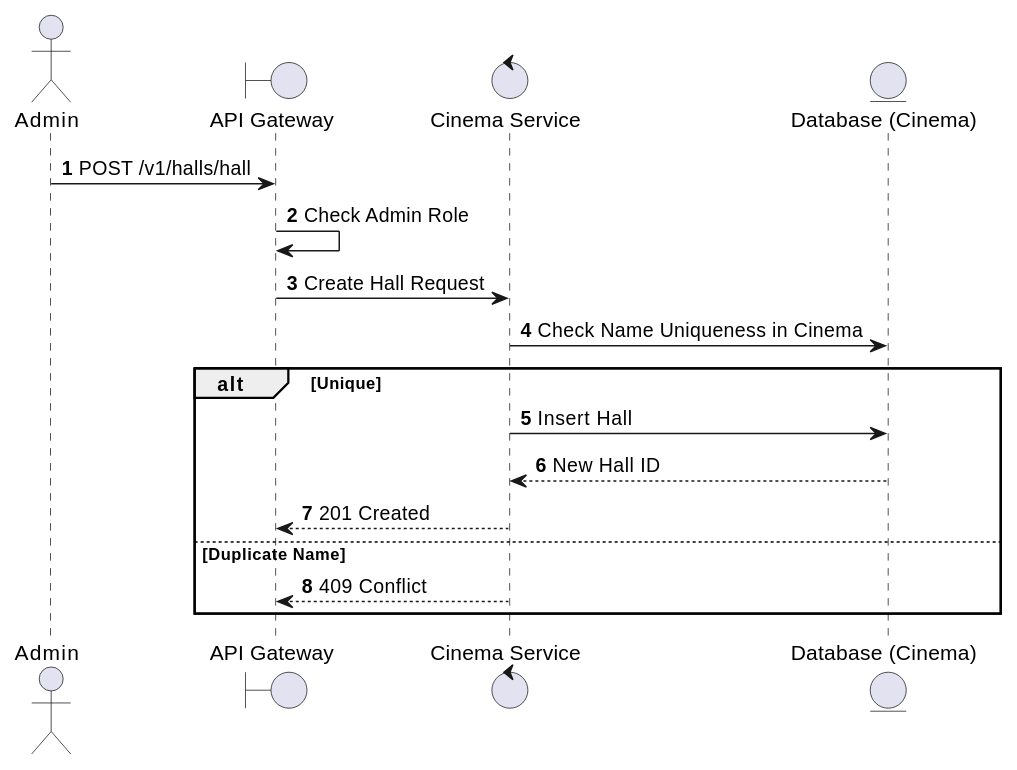
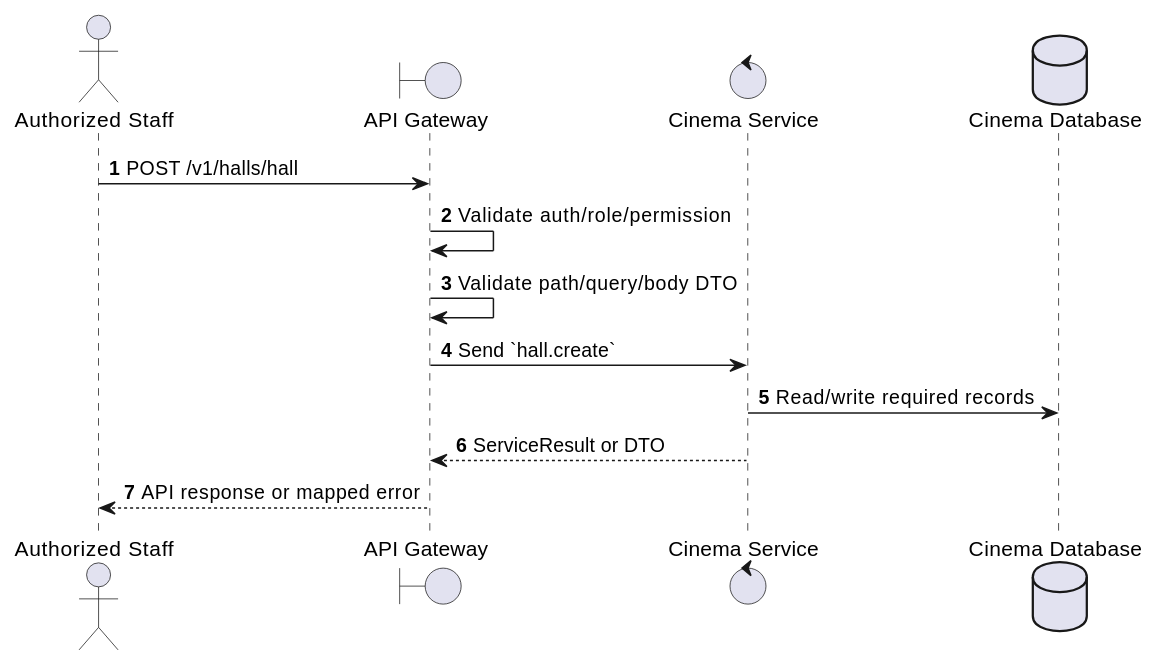
Before and after one commit to Tanh1603/movie-hub-architecture: the first of 2 diagrams in docs/functional_specs/3.2.2_Hall_Management/HM-03_Create_Hall.md, drawn with PlantUML. The commit also changed other lines of this file and 126 other files, not shown here.

````diff
--- a/docs/functional_specs/3.2.2_Hall_Management/HM-03_Create_Hall.md
+++ b/docs/functional_specs/3.2.2_Hall_Management/HM-03_Create_Hall.md
@@ -17,21 +17,17 @@
 ```plantuml
 @startuml
 autonumber
-actor Admin
+actor "Authorized Staff" as Actor
 boundary "API Gateway" as GW
-control "Cinema Service" as CS
-entity "Database (Cinema)" as DB
+control "Cinema Service" as SVC
+database "Cinema Database" as DB
 
-Admin -> GW: POST /v1/halls/hall
-GW -> GW: Check Admin Role
-GW -> CS: Create Hall Request
-CS -> DB: Check Name Uniqueness in Cinema
-alt Unique
-    CS -> DB: Insert Hall
-    DB --> CS: New Hall ID
-    CS --> GW: 201 Created
-else Duplicate Name
-    CS --> GW: 409 Conflict
-end
+Actor -> GW: POST /v1/halls/hall
+GW -> GW: Validate auth/role/permission
+GW -> GW: Validate path/query/body DTO
+GW -> SVC: Send `hall.create`
+SVC -> DB: Read/write required records
+SVC --> GW: ServiceResult or DTO
+GW --> Actor: API response or mapped error
 @enduml
 ```
````
